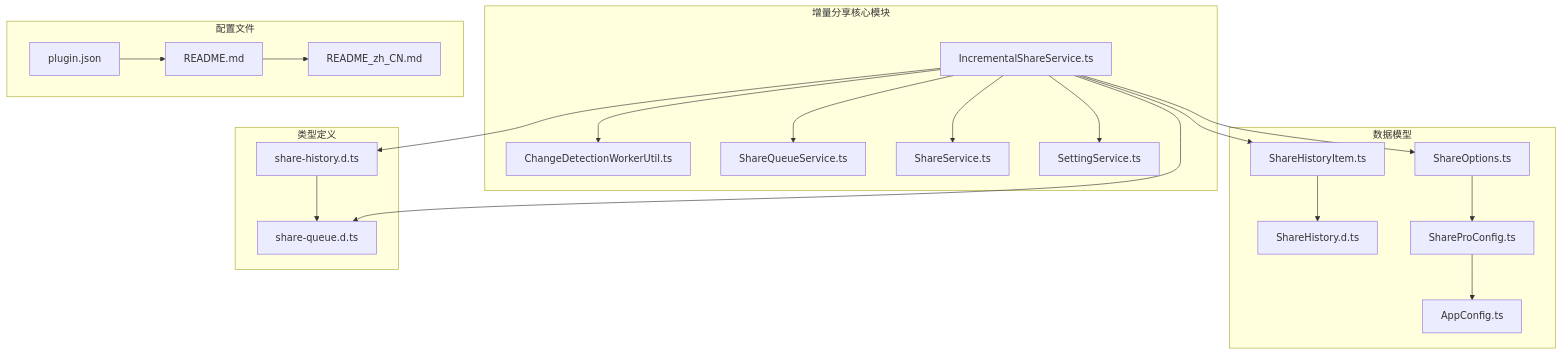
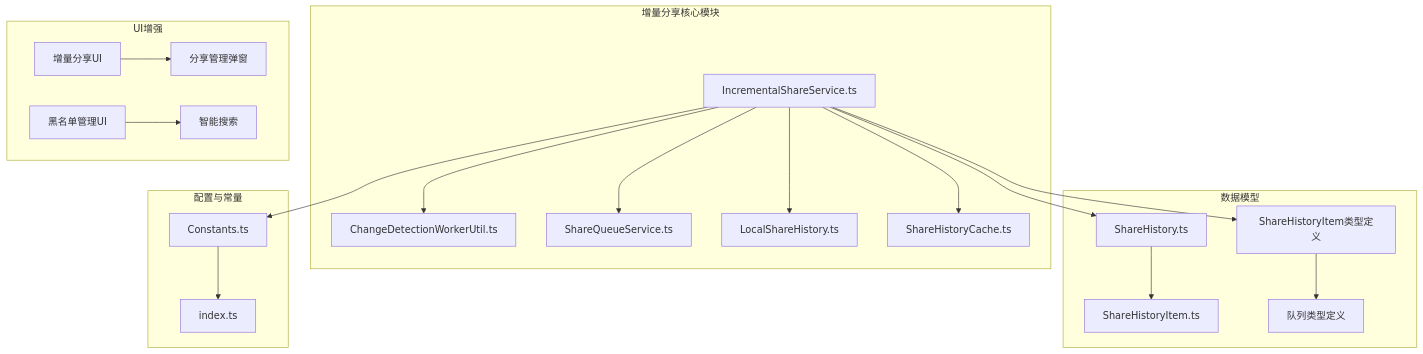
The first of 7 diagrams in .qoder/repowiki/zh/content/增量分享规范.md (terwerinc/siyuan-plugin-share-pro), drawn with Mermaid before and after one commit. The commit also changed other lines of this file and 8 other files, not shown here.

````diff
--- a/.qoder/repowiki/zh/content/增量分享规范.md
+++ b/.qoder/repowiki/zh/content/增量分享规范.md
@@ -40,25 +50,23 @@
 ```mermaid
 graph TB
 subgraph "增量分享核心模块"
 A[IncrementalShareService.ts] --> B[ChangeDetectionWorkerUtil.ts]
 A --> C[ShareQueueService.ts]
-A --> D[ShareService.ts]
-A --> E[SettingService.ts]
+A --> D[LocalShareHistory.ts]
+A --> E[ShareHistoryCache.ts]
 end
 subgraph "数据模型"
-F[ShareHistoryItem.ts] --> G[ShareHistory.d.ts]
-H[ShareOptions.ts] --> I[ShareProConfig.ts]
-I --> J[AppConfig.ts]
+F[ShareHistory.ts] --> G[ShareHistoryItem.ts]
+H[ShareHistoryItem类型定义] --> I[队列类型定义]
 end
-subgraph "类型定义"
-K[share-history.d.ts] --> L[share-queue.d.ts]
+subgraph "配置与常量"
+J[Constants.ts] --> K[index.ts]
 end
-subgraph "配置文件"
-M[plugin.json] --> N[README.md]
-N --> O[README_zh_CN.md]
+subgraph "UI增强"
+L[增量分享UI] --> M[分享管理弹窗]
+N[黑名单管理UI] --> O[智能搜索]
 end
 A --> F
 A --> H
-A --> K
-A --> L
+A --> J
 ```
````
